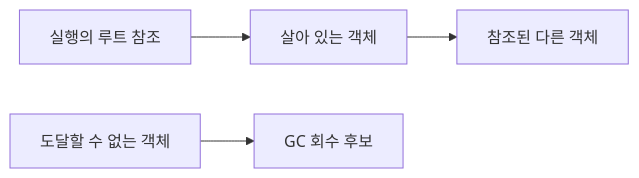
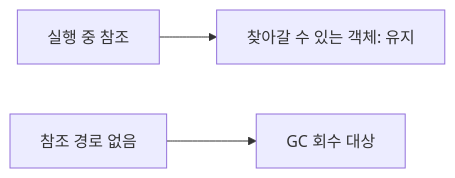
One commit to moocongpapa/it-study changed the diagram in content/topics/stack-heap-gc.md. Above: the diagram before and after it, drawn with Mermaid. The commit also changed other lines of this file and 71 other files, not shown here.

````diff
--- a/content/topics/stack-heap-gc.md
+++ b/content/topics/stack-heap-gc.md
@@ -6,5 +20,5 @@
 ```mermaid
 flowchart LR
-  R["실행의 루트 참조"] --> A["살아 있는 객체"] --> B["참조된 다른 객체"]
-  C["도달할 수 없는 객체"] --> D["GC 회수 후보"]
+ A["실행 중 참조"] --> B["찾아갈 수 있는 객체: 유지"]
+ C["참조 경로 없음"] --> D["GC 회수 대상"]
 ```
````
